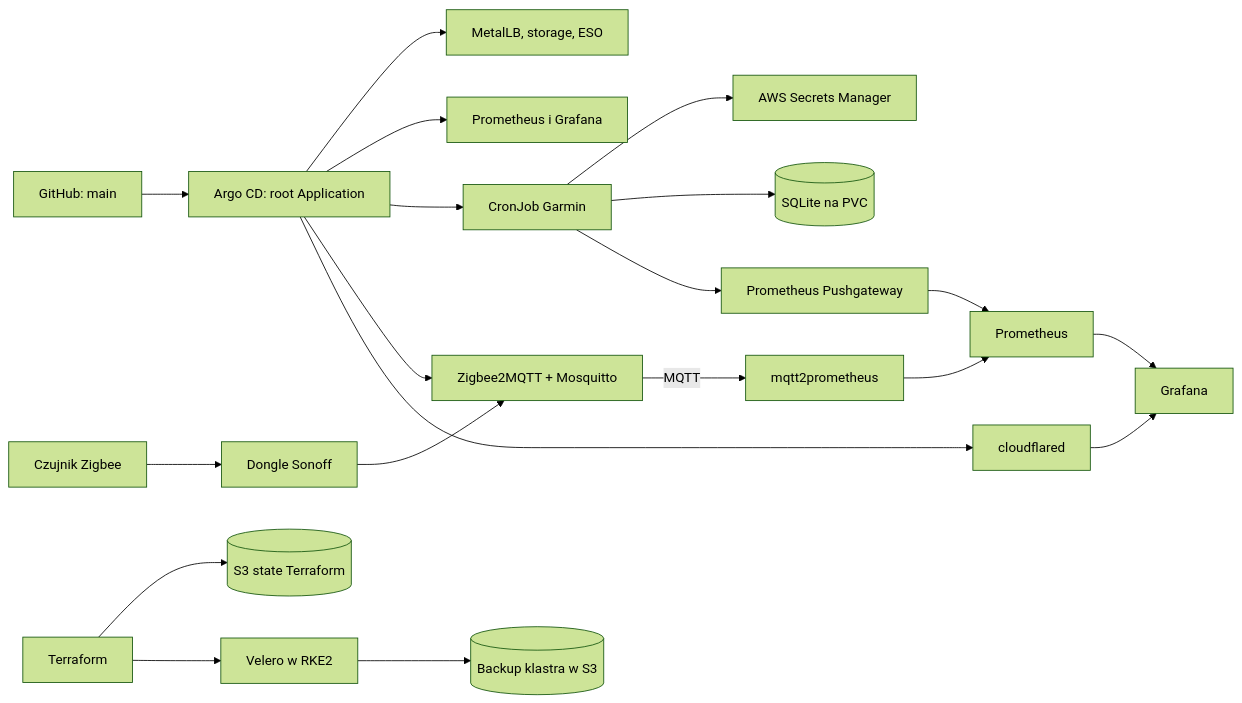
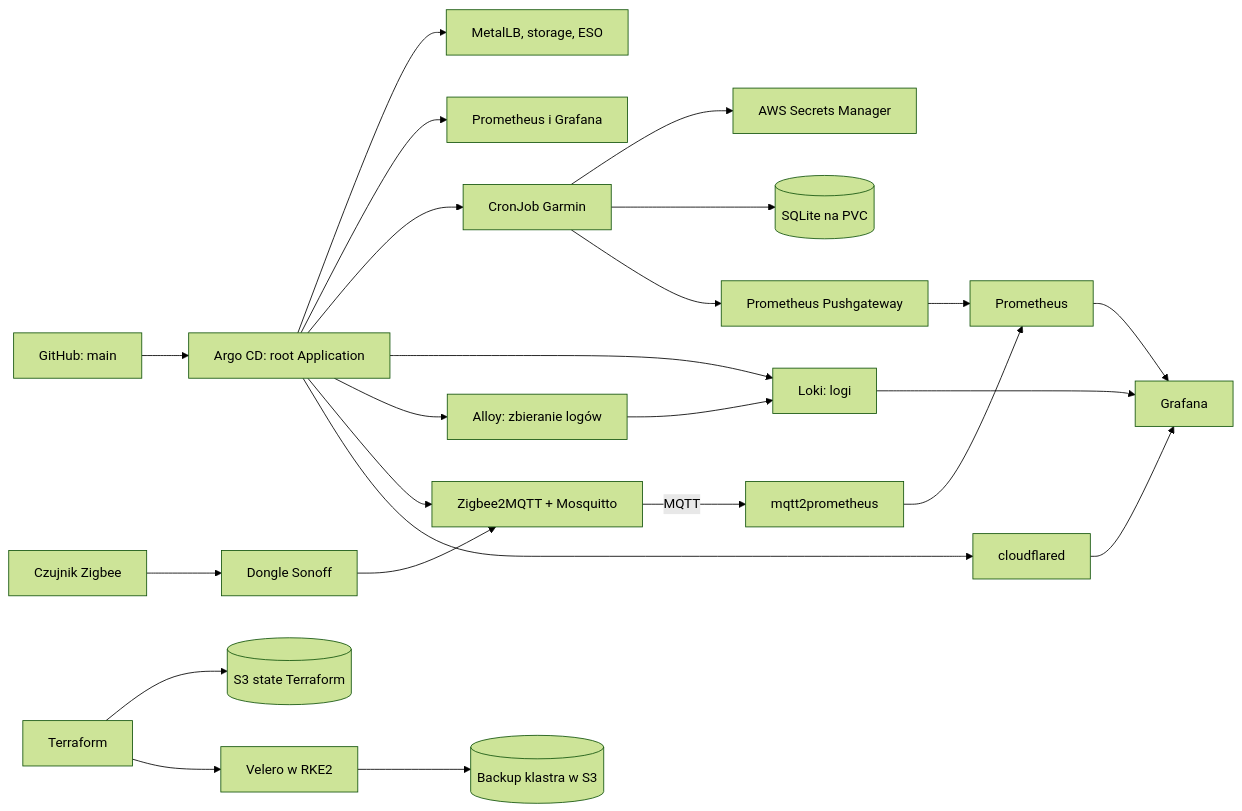
Before and after one commit to andsidor/HomeLab: the second of 2 diagrams in README.md, drawn with Mermaid (forest theme). The commit also changed other lines of this file and 1 other file, not shown here.

````diff
--- a/README.md
+++ b/README.md
@@ -307,21 +320,25 @@
 ```mermaid
 flowchart LR
   Git[GitHub: main] --> Root[Argo CD: root Application]
   Root --> Infra[MetalLB, storage, ESO]
   Root --> Monitor[Prometheus i Grafana]
   Root --> Garmin[CronJob Garmin]
   Garmin --> AWS[AWS Secrets Manager]
   Garmin --> PVC[(SQLite na PVC)]
   Garmin --> Pushgateway[Prometheus Pushgateway]
   Pushgateway --> Prometheus[Prometheus]
   Prometheus --> Grafana[Grafana]
+  Root --> Loki[Loki: logi]
+  Root --> Alloy[Alloy: zbieranie logów]
+  Alloy --> Loki
+  Loki --> Grafana
   Root --> Z2M[Zigbee2MQTT + Mosquitto]
   Sensor[Czujnik Zigbee] --> Dongle[Dongle Sonoff] --> Z2M
   Z2M -->|MQTT| Exporter[mqtt2prometheus]
   Exporter --> Prometheus
   Root --> CF[cloudflared]
   CF --> Grafana
   Terraform[Terraform] --> StateS3[(S3 state Terraform)]
   Terraform --> Velero[Velero w RKE2]
   Velero --> BackupS3[(Backup klastra w S3)]
 ```
````
